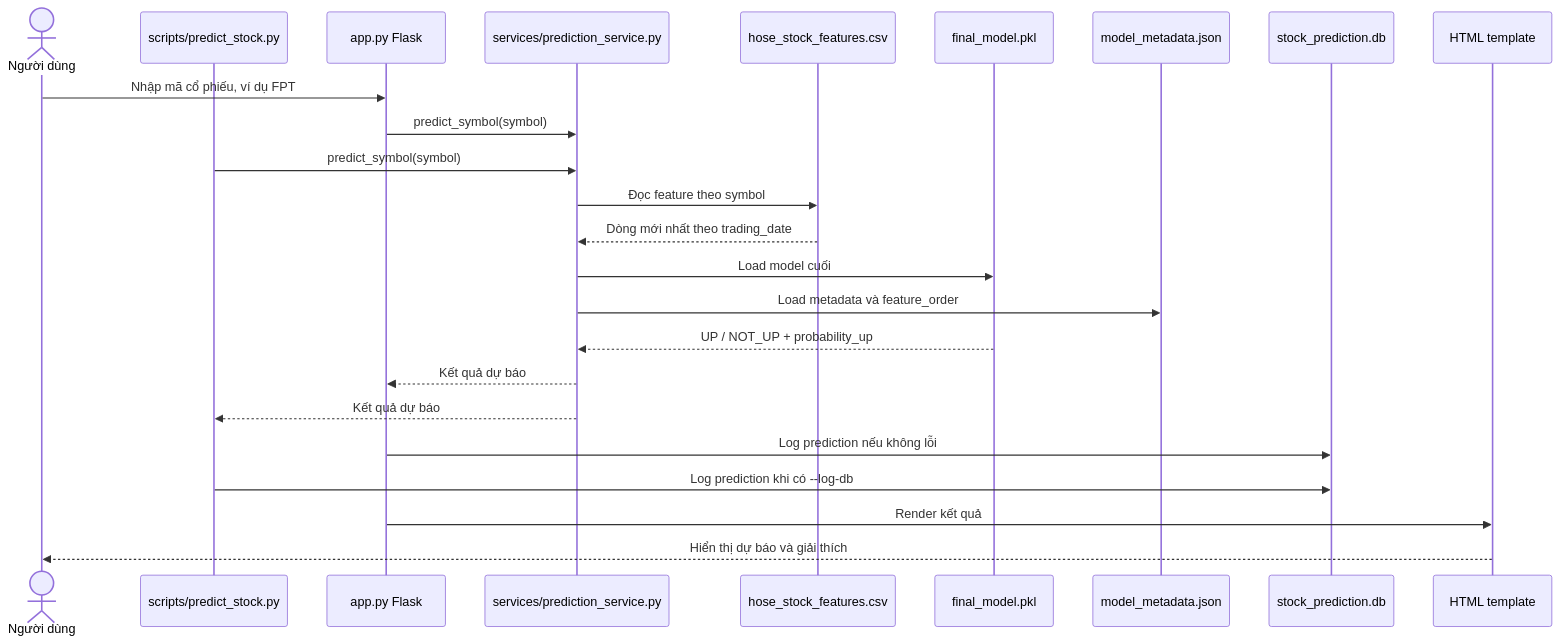
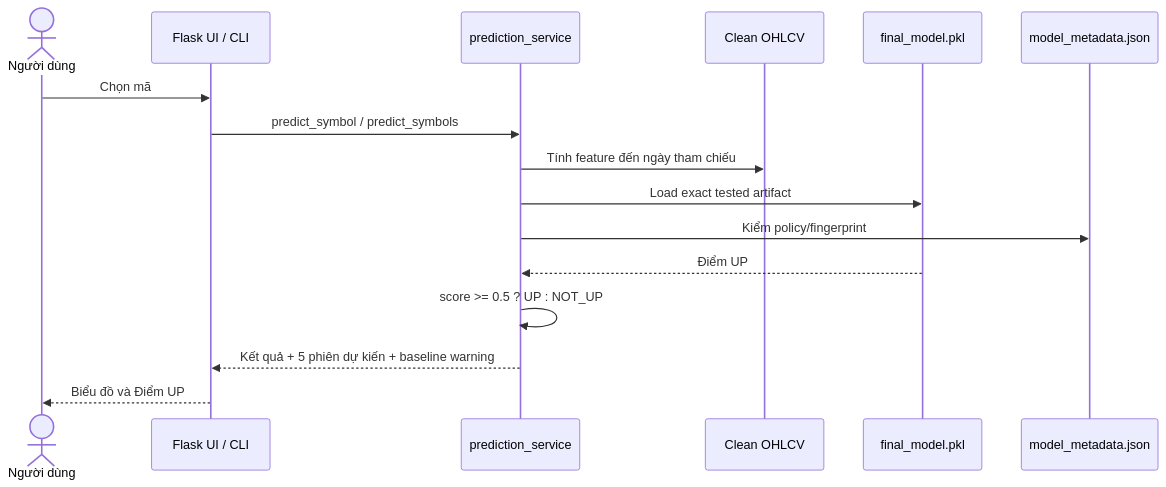
Before and after one commit to human6004/stock-prediction-ml: the fifth of 5 diagrams in docs/SO_DO_KIEN_TRUC_HE_THONG.md, drawn with Mermaid. The commit also changed other lines of this file and 232 other files, not shown here.

````diff
--- a/docs/SO_DO_KIEN_TRUC_HE_THONG.md
+++ b/docs/SO_DO_KIEN_TRUC_HE_THONG.md
@@ -108,27 +90,19 @@
 ```mermaid
 sequenceDiagram
     actor User as Người dùng
-    participant CLI as scripts/predict_stock.py
-    participant Web as app.py Flask
-    participant Service as services/prediction_service.py
-    participant Features as hose_stock_features.csv
+    participant UI as Flask UI / CLI
+    participant Service as prediction_service
+    participant Data as Clean OHLCV
     participant Model as final_model.pkl
     participant Meta as model_metadata.json
-    participant DB as stock_prediction.db
-    participant UI as HTML template
 
-    User->>Web: Nhập mã cổ phiếu, ví dụ FPT
-    Web->>Service: predict_symbol(symbol)
-    CLI->>Service: predict_symbol(symbol)
-    Service->>Features: Đọc feature theo symbol
-    Features-->>Service: Dòng mới nhất theo trading_date
-    Service->>Model: Load model cuối
-    Service->>Meta: Load metadata và feature_order
-    Model-->>Service: UP / NOT_UP + probability_up
-    Service-->>Web: Kết quả dự báo
-    Service-->>CLI: Kết quả dự báo
-    Web->>DB: Log prediction nếu không lỗi
-    CLI->>DB: Log prediction khi có --log-db
-    Web->>UI: Render kết quả
-    UI-->>User: Hiển thị dự báo và giải thích
+    User->>UI: Chọn mã
+    UI->>Service: predict_symbol / predict_symbols
+    Service->>Data: Tính feature đến ngày tham chiếu
+    Service->>Model: Load exact tested artifact
+    Service->>Meta: Kiểm policy/fingerprint
+    Model-->>Service: Điểm UP
+    Service->>Service: score >= 0.5 ? UP : NOT_UP
+    Service-->>UI: Kết quả + 5 phiên dự kiến + baseline warning
+    UI-->>User: Biểu đồ và Điểm UP
 ```
````
